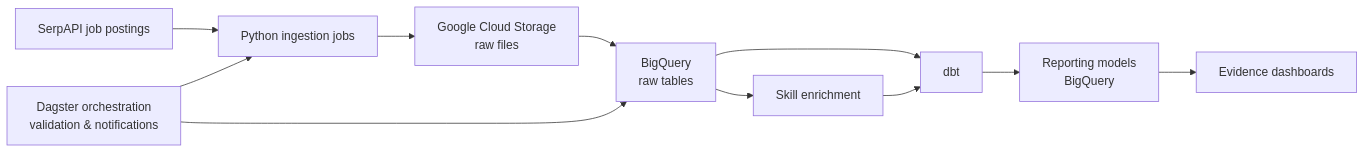
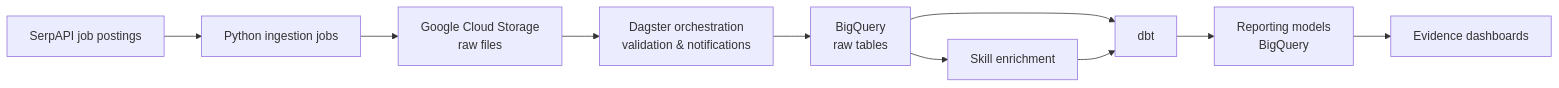
One commit to tcalvk/jobs-data-platform changed the diagram in readme.md. Above: the diagram before and after it, drawn with Mermaid. The commit also changed other lines of this file and 4 other files, not shown here.

````diff
--- a/readme.md
+++ b/readme.md
@@ -34,13 +34,12 @@
 ```mermaid
 flowchart LR
     A[SerpAPI job postings] --> B[Python ingestion jobs]
     B --> C[Google Cloud Storage<br/>raw files]
-    C --> D[BigQuery<br/>raw tables]
+    C --> I[Dagster orchestration<br/>validation & notifications]
+    I --> D[BigQuery<br/>raw tables]
     D --> E[dbt]
     E --> F[Reporting models<br/>BigQuery]
     D --> G[Skill enrichment]
     G --> E
     F --> H[Evidence dashboards]
-    I[Dagster orchestration<br/>validation & notifications] --> B
-    I --> D
 ```
````
